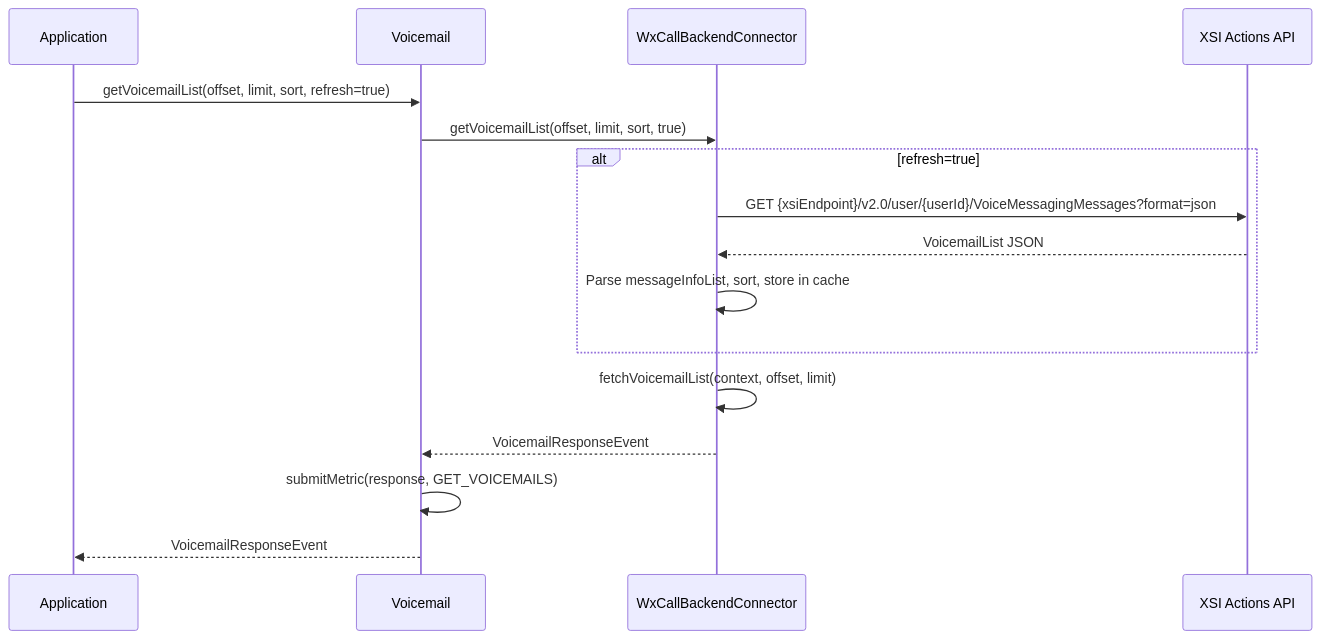
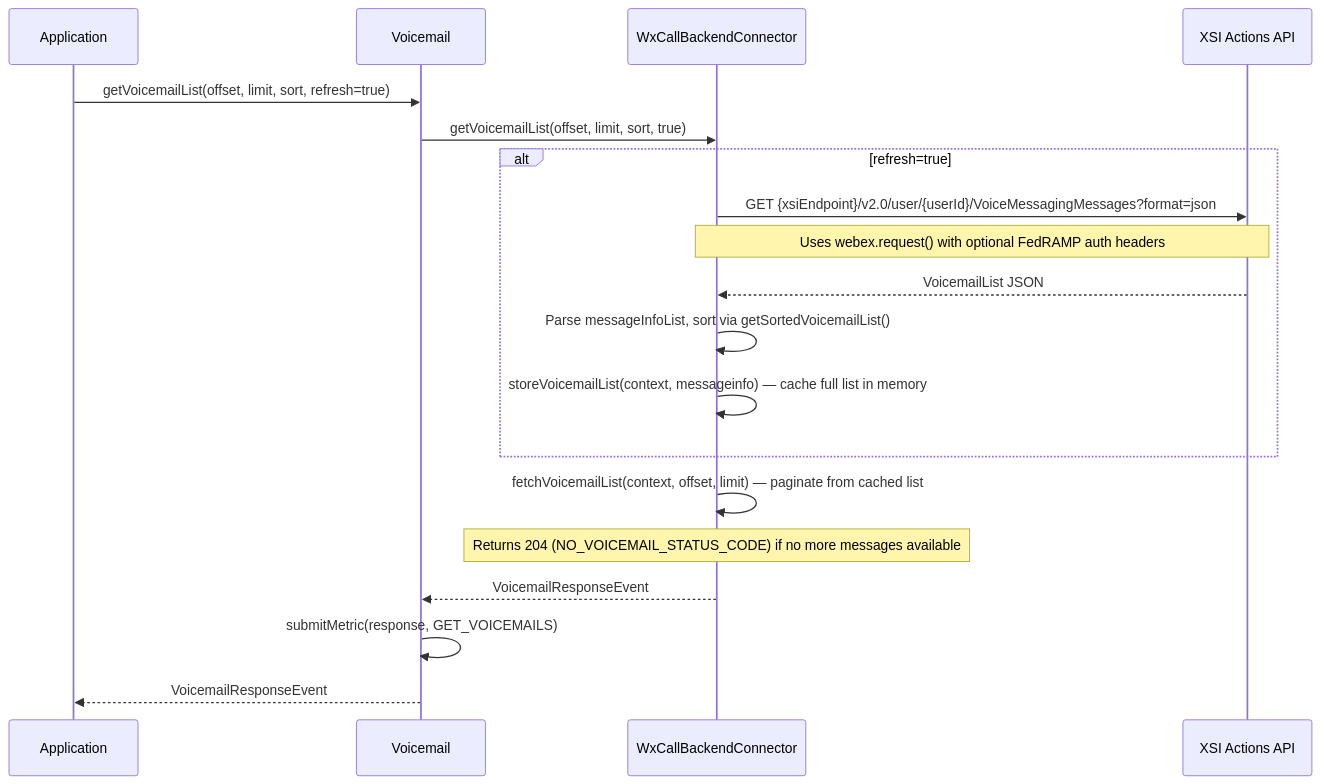
Before and after one commit to webex/webex-js-sdk: the third of 5 diagrams in packages/calling/src/Voicemail/ai-docs/ARCHITECTURE.md, drawn with Mermaid. The commit also changed other lines of this file and 1 other file, not shown here.

````diff
--- a/packages/calling/src/Voicemail/ai-docs/ARCHITECTURE.md
+++ b/packages/calling/src/Voicemail/ai-docs/ARCHITECTURE.md
@@ -121,22 +121,25 @@
 ```mermaid
 sequenceDiagram
     participant App as Application
     participant VM as Voicemail
     participant WXC as WxCallBackendConnector
     participant XSI as XSI Actions API
 
     App->>VM: getVoicemailList(offset, limit, sort, refresh=true)
     VM->>WXC: getVoicemailList(offset, limit, sort, true)
 
     alt refresh=true
         WXC->>XSI: GET {xsiEndpoint}/v2.0/user/{userId}/VoiceMessagingMessages?format=json
+        Note over WXC,XSI: Uses webex.request() with optional FedRAMP auth headers
         XSI-->>WXC: VoicemailList JSON
-        WXC->>WXC: Parse messageInfoList, sort, store in cache
+        WXC->>WXC: Parse messageInfoList, sort via getSortedVoicemailList()
+        WXC->>WXC: storeVoicemailList(context, messageinfo) — cache full list in memory
     end
 
-    WXC->>WXC: fetchVoicemailList(context, offset, limit)
+    WXC->>WXC: fetchVoicemailList(context, offset, limit) — paginate from cached list
+    Note over WXC: Returns 204 (NO_VOICEMAIL_STATUS_CODE) if no more messages available
     WXC-->>VM: VoicemailResponseEvent
 
     VM->>VM: submitMetric(response, GET_VOICEMAILS)
     VM-->>App: VoicemailResponseEvent
 ```
````
